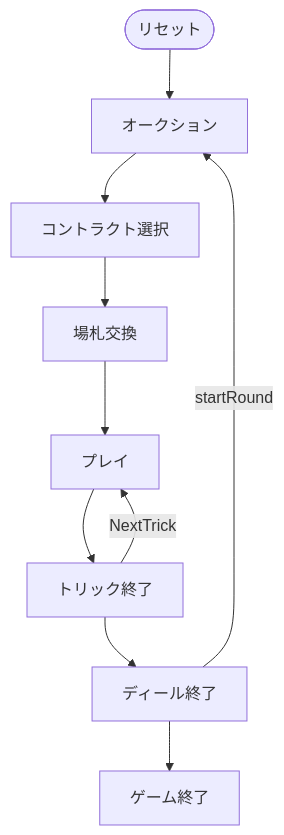
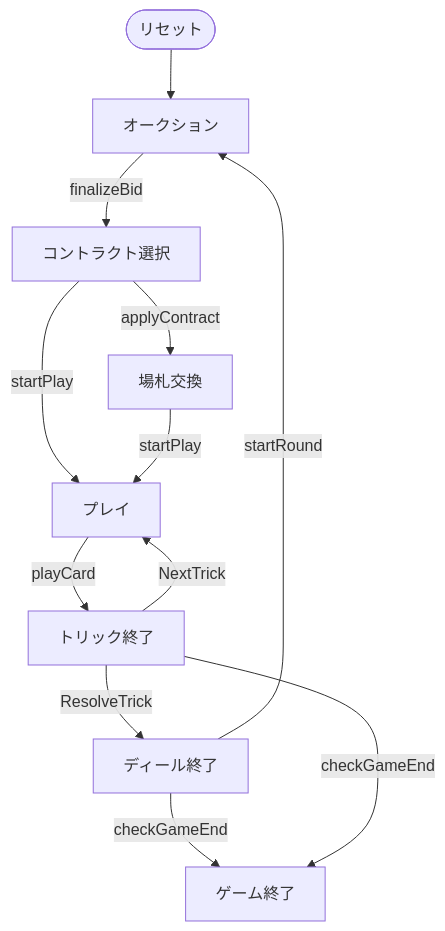
One commit to yuta-yoshinaga/go_trumpcards changed the diagram in docs/manual/cui/cego.md. Above: the diagram before and after it, drawn with Mermaid. The commit also changed 53 other files, not shown here.

````diff
--- a/docs/manual/cui/cego.md
+++ b/docs/manual/cui/cego.md
@@ -50,12 +50,21 @@
 ```mermaid
 flowchart TD
     S(["リセット"]) --> P0
-    P0["オークション"] --> P1["コントラクト選択"]
-    P1["コントラクト選択"] --> P2["場札交換"]
-    P2["場札交換"] --> P3["プレイ"]
-    P3["プレイ"] --> P4["トリック終了"]
-    P4["トリック終了"] --> P5["ディール終了"]
-    P5["ディール終了"] --> P6["ゲーム終了"]
+    P0["オークション"]
+    P1["コントラクト選択"]
+    P2["場札交換"]
+    P3["プレイ"]
+    P4["トリック終了"]
+    P5["ディール終了"]
+    P6["ゲーム終了"]
+    P5 -->|startRound| P0
+    P1 -->|applyContract| P2
+    P1 -->|startPlay| P3
+    P2 -->|startPlay| P3
+    P3 -->|playCard| P4
+    P4 -->|ResolveTrick| P5
     P4 -->|NextTrick| P3
-    P5 -->|startRound| P0
+    P5 -->|checkGameEnd| P6
+    P4 -->|checkGameEnd| P6
+    P0 -->|finalizeBid| P1
 ```
````
